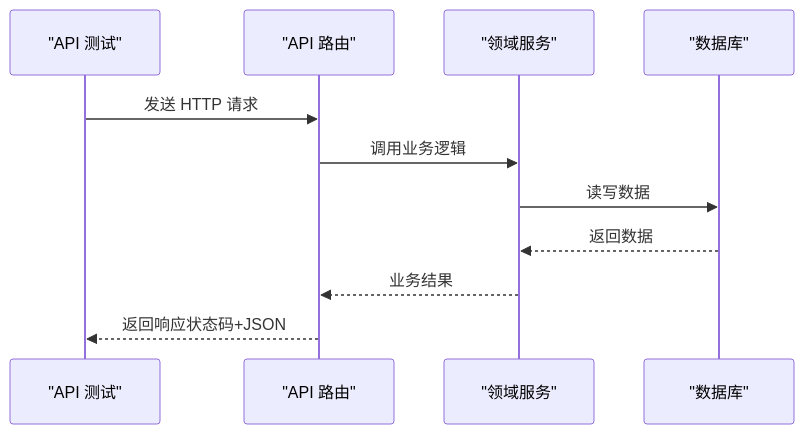
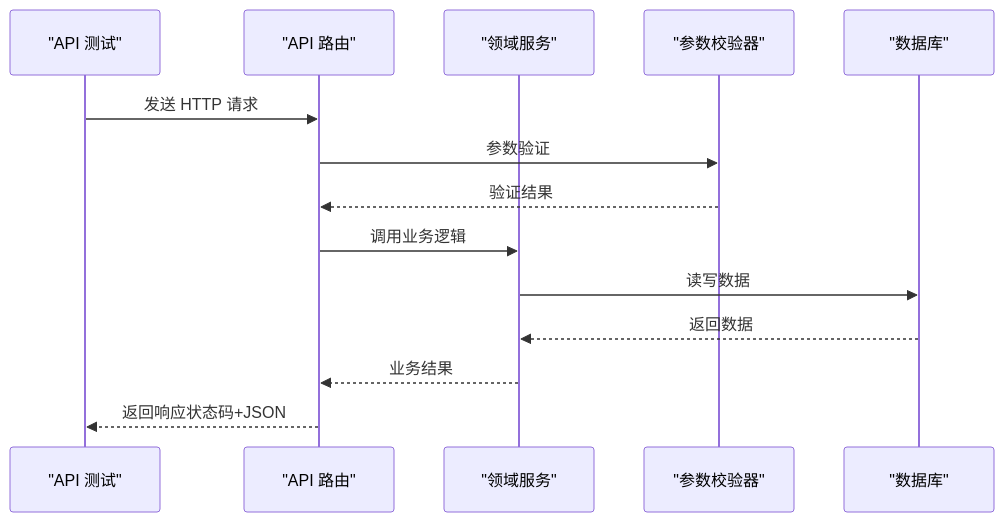
One commit to scottcwy/PurpleInk changed the fourth of 12 diagrams in .qoder/repowiki/zh/content/测试策略/测试策略.md. Above: the diagram before and after it, drawn with Mermaid. The commit also changed other lines of this file and 48 other files, not shown here.

````diff
--- a/.qoder/repowiki/zh/content/测试策略/测试策略.md
+++ b/.qoder/repowiki/zh/content/测试策略/测试策略.md
@@ -241,13 +349,16 @@
 ```mermaid
 sequenceDiagram
 participant Test as "API 测试"
 participant Route as "API 路由"
 participant Service as "领域服务"
+participant Validator as "参数校验器"
 participant DB as "数据库"
 Test->>Route : 发送 HTTP 请求
+Route->>Validator : 参数验证
+Validator-->>Route : 验证结果
 Route->>Service : 调用业务逻辑
 Service->>DB : 读写数据
 DB-->>Service : 返回数据
 Service-->>Route : 业务结果
 Route-->>Test : 返回响应状态码+JSON
 ```
````
